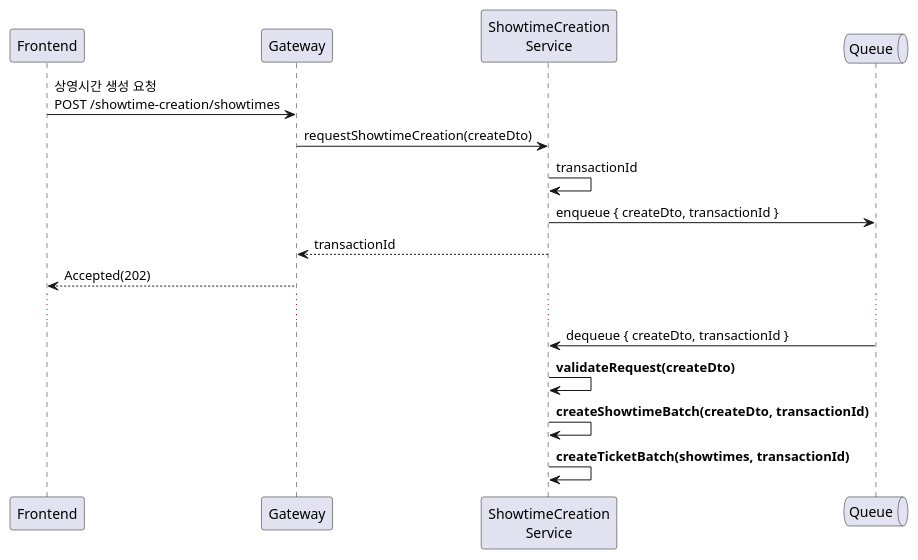
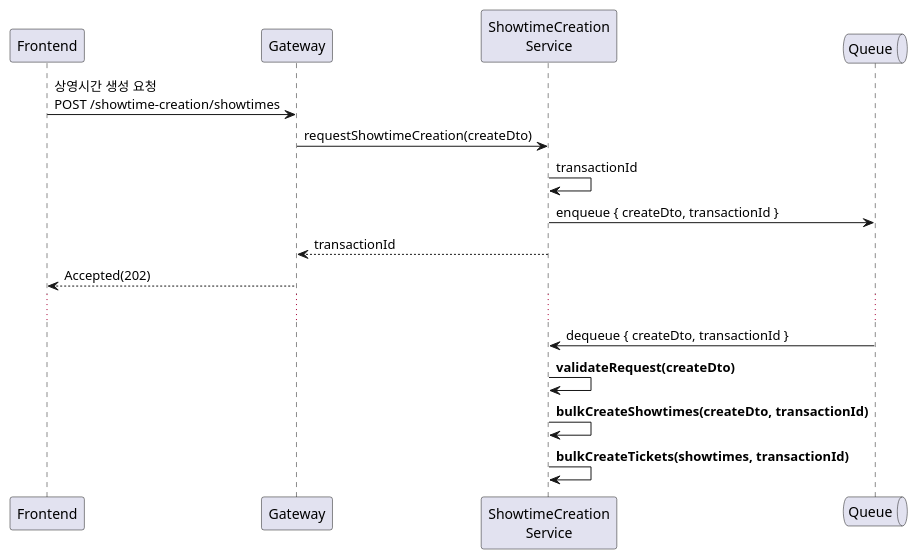
The third of 16 diagrams in _posts/2025-06-01-backend-design-3.md (mannercode/mannercode.github.io), drawn with PlantUML before and after one commit. The commit also changed other lines of this file and 122 other files, not shown here.

First line of the commit message:
Add UML diagrams for Showtime Creation workflow

```diff
--- a/_posts/2025-06-01-backend-design-3.md
+++ b/_posts/2025-06-01-backend-design-3.md
@@ -163,20 +163,20 @@
 {% plantuml %}
 @startuml
 participant Frontend as frontend
 participant Gateway as gateway
 participant "ShowtimeCreation\nService" as creation
 Queue Queue as queue
 
 frontend -> gateway: 상영시간 생성 요청\nPOST /showtime-creation/showtimes
     gateway -> creation: requestShowtimeCreation(createDto)
         creation -> creation: transactionId
         creation -> queue: enqueue { createDto, transactionId }
     gateway <-- creation: transactionId
 frontend <-- gateway: Accepted(202)
 ...
 queue -> creation: dequeue { createDto, transactionId }
     creation -> creation: <b>validateRequest(createDto)</b>
-    creation -> creation: <b>createShowtimeBatch(createDto, transactionId)</b>
-    creation -> creation: <b>createTicketBatch(showtimes, transactionId)</b>
+    creation -> creation: <b>bulkCreateShowtimes(createDto, transactionId)</b>
+    creation -> creation: <b>bulkCreateTickets(showtimes, transactionId)</b>
 @enduml
 {% endplantuml %}
```
